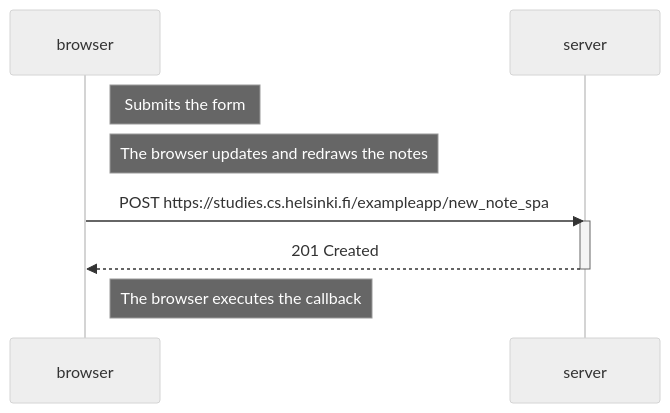
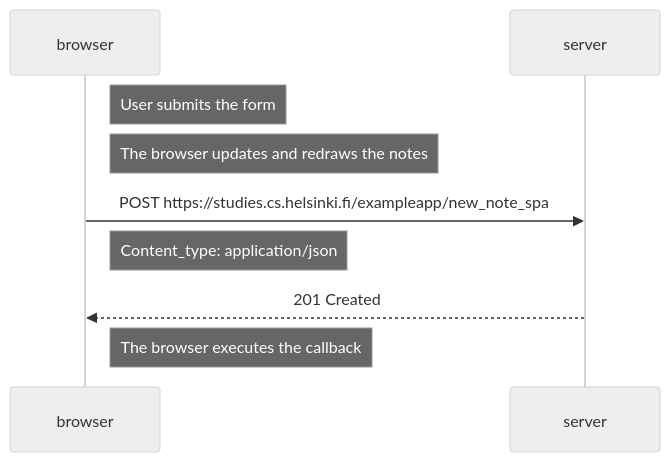
Before and after one commit to alseloes/full-stack-open-exercises: the diagram in Part0/0_6.md, drawn with Mermaid (neutral theme). The commit also changed 2 other files, not shown here.

Commit message:
Minor changes in diagrams

````diff
--- a/Part0/0_6.md
+++ b/Part0/0_6.md
@@ -3,15 +3,17 @@
 ```mermaid
 sequenceDiagram
     participant browser
     participant server
 
-    Note right of browser: Submits the form
+    Note right of browser: User submits the form
     Note right of browser: The browser updates and redraws the notes
 
     browser->>server: POST https://studies.cs.helsinki.fi/exampleapp/new_note_spa
-    activate server
-    server-->>browser: 201 Created
-    deactivate server
 
-    Note right of browser: The browser executes the callback 
+    Note right of browser:  Content_type: application/json
+
+    server -->> browser: 201 Created
+
+
+    Note right of browser: The browser executes the callback
 ```
````
